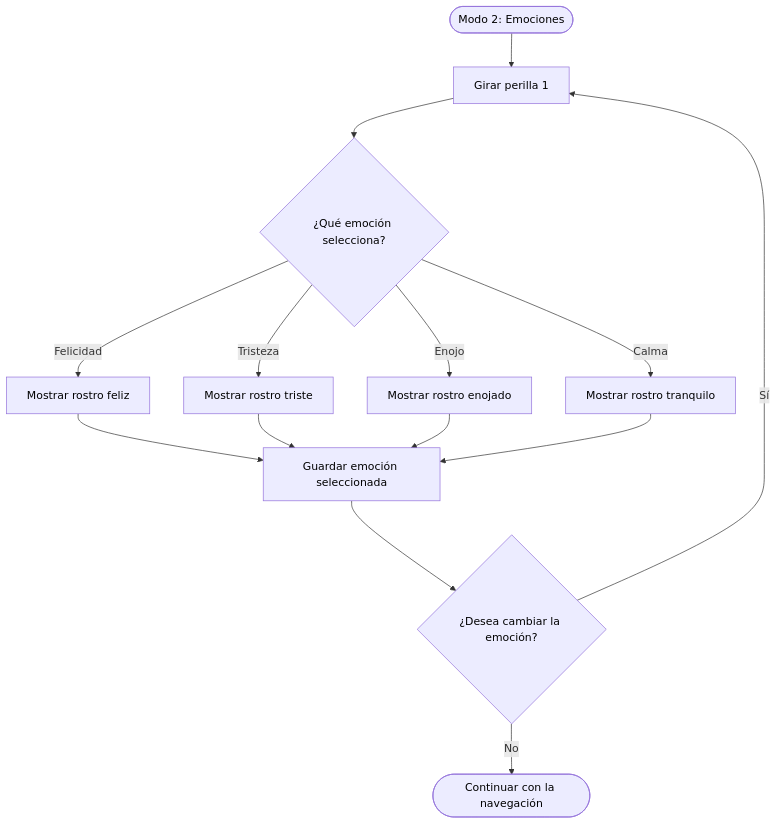
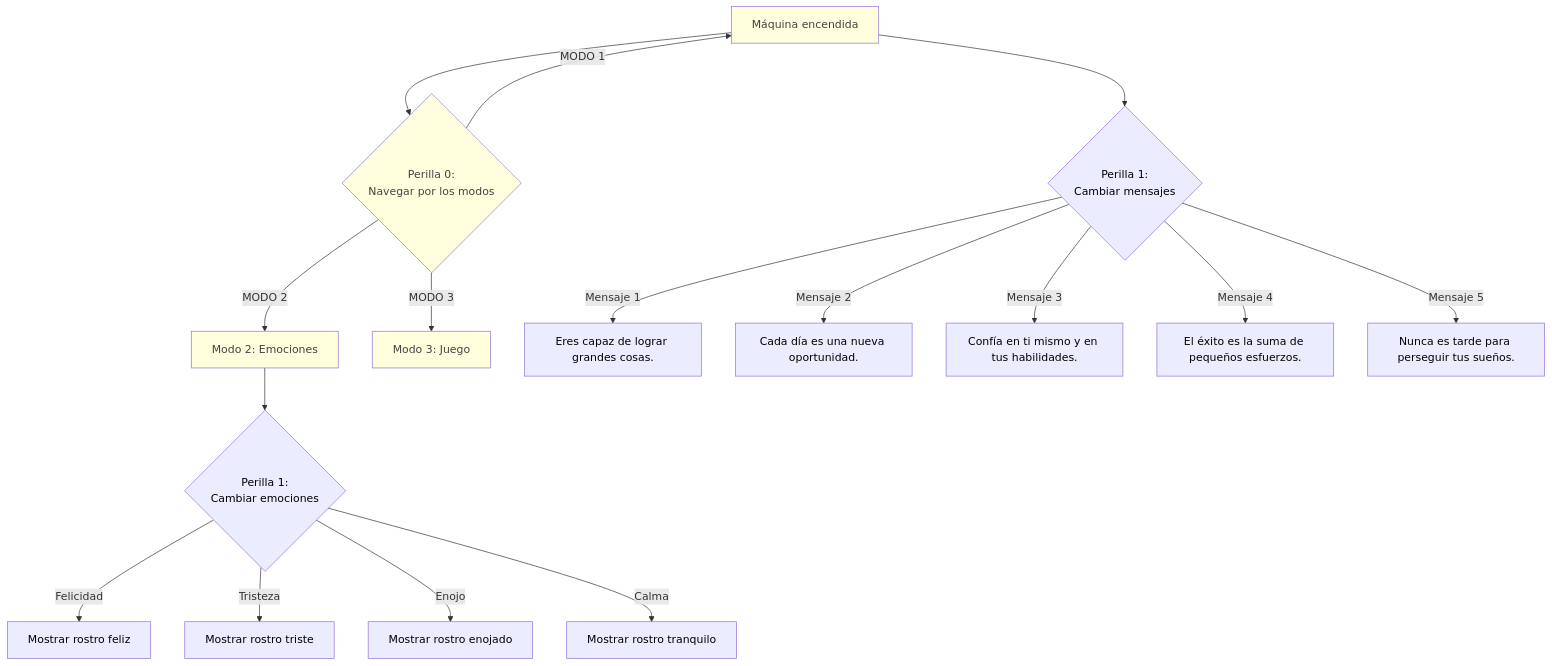
Before and after one commit to Narelyriquelme/dis8645-2026-2-procesos-2: the sixth of 6 diagrams in 00-proyecto-2/grupo-03/README.md, drawn with Mermaid. The commit also changed other lines of this file, not shown here.

````diff
--- a/00-proyecto-2/grupo-03/README.md
+++ b/00-proyecto-2/grupo-03/README.md
@@ -309,32 +309,39 @@
 ```mermaid
 ---
 config:
  theme: default
 ---
 flowchart TB
-   A(["Modo 2: Emociones"]) --> B["Girar perilla 1"]
-   B --> C{"¿Qué emoción selecciona?"}
-   C -- Felicidad --> D["Mostrar rostro feliz"]
-   C -- Tristeza --> E["Mostrar rostro triste"]
-   C -- Enojo --> F["Mostrar rostro enojado"]
-   C -- Calma --> H["Mostrar rostro tranquilo"]
-   D --> I["Guardar emoción seleccionada"]
-   E --> I
-   F --> I
-   H --> I
-   I --> J{"¿Desea cambiar la emoción?"}
-   J -- Sí --> B
-   J -- No --> K(["Continuar con la navegación"])
+   Screen1["Máquina encendida"] --> Pot01{"Perilla 0:<br>Navegar por los modos"} & Pot11{"Perilla 1:<br>Cambiar mensajes"}
+   Pot01 -- MODO 1 --> Screen1
+   Pot01 -- MODO 2 --> Screen2["Modo 2: Emociones"]
+   Pot01 -- MODO 3 --> Screen3["Modo 3: Juego"]
+   Pot11 -- Mensaje 1 --> Message1["Eres capaz de lograr grandes cosas."]
+   Pot11 -- Mensaje 2 --> Message2["Cada día es una nueva oportunidad."]
+   Pot11 -- Mensaje 3 --> Message3["Confía en ti mismo y en tus habilidades."]
+   Pot11 -- Mensaje 4 --> Message4["El éxito es la suma de pequeños esfuerzos."]
+   Pot11 -- Mensaje 5 --> Message5["Nunca es tarde para perseguir tus sueños."]
+   Screen2 --> Pot12{"Perilla 1:<br>Cambiar emociones"}
+   Pot12 -- Felicidad --> Emotion1["Mostrar rostro feliz"]
+   Pot12 -- Tristeza --> Emotion2["Mostrar rostro triste"]
+   Pot12 -- Enojo --> Emotion3["Mostrar rostro enojado"]
+   Pot12 -- Calma --> Emotion4["Mostrar rostro tranquilo"]
 
 
-   style A color:#000000
-   style B color:#000000
-   style C color:#000000
-   style D color:#000000
-   style E color:#000000
-   style F color:#000000
-   style H color:#000000
-   style I color:#000000
-   style J color:#000000
-   style K color:#000000
+   style Screen1 color:#424242,fill:#ffffde
+   style Pot01 color:#424242,fill:#ffffde
+   style Pot11 color:#000000
+   style Screen2 color:#424242,fill:#ffffde
+   style Screen3 color:#424242,fill:#ffffde
+   style Message1 color:#000000
+   style Message2 color:#000000
+   style Message3 color:#000000
+   style Message4 color:#000000
+   style Message5 color:#000000
+   style Pot12 color:#000000
+   style Emotion1 color:#000000
+   style Emotion2 color:#000000
+   style Emotion3 color:#000000
+   style Emotion4 color:#000000
+
 ```
````
